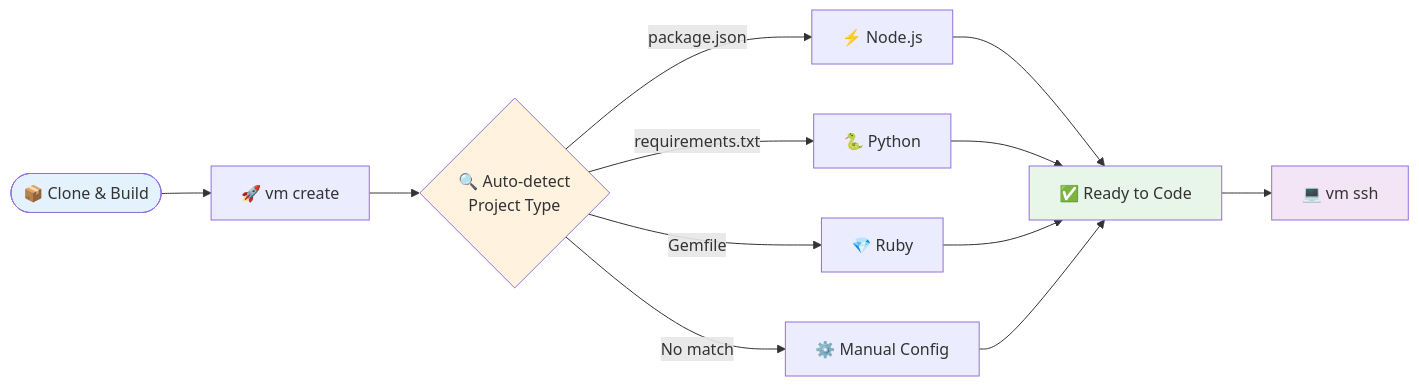
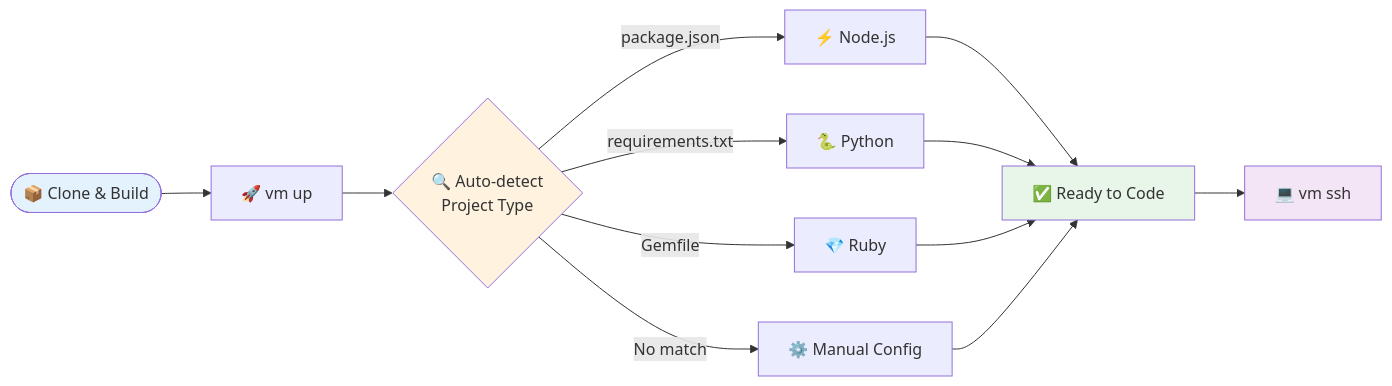
Before and after one commit to goobits/vm: the diagram in docs/getting-started/quick-start.md, drawn with Mermaid. The commit also changed other lines of this file and 10 other files, not shown here.

````diff
--- a/docs/getting-started/quick-start.md
+++ b/docs/getting-started/quick-start.md
@@ -7,19 +7,19 @@
 ```mermaid
 flowchart LR
-    Start([📦 Clone & Build]) --> Create[🚀 vm create]
+    Start([📦 Clone & Build]) --> Create[🚀 vm up]
     Create --> Detect{🔍 Auto-detect<br/>Project Type}
     Detect -->|package.json| Node[⚡ Node.js]
     Detect -->|requirements.txt| Python[🐍 Python]
     Detect -->|Gemfile| Ruby[💎 Ruby]
     Detect -->|No match| Manual[⚙️ Manual Config]
     Node --> Ready[✅ Ready to Code]
     Python --> Ready
     Ruby --> Ready
     Manual --> Ready
     Ready --> SSH[💻 vm ssh]
 
     style Start fill:#e3f2fd
     style Ready fill:#e8f5e9
     style Detect fill:#fff3e0
     style SSH fill:#f3e5f5
 ```
````
